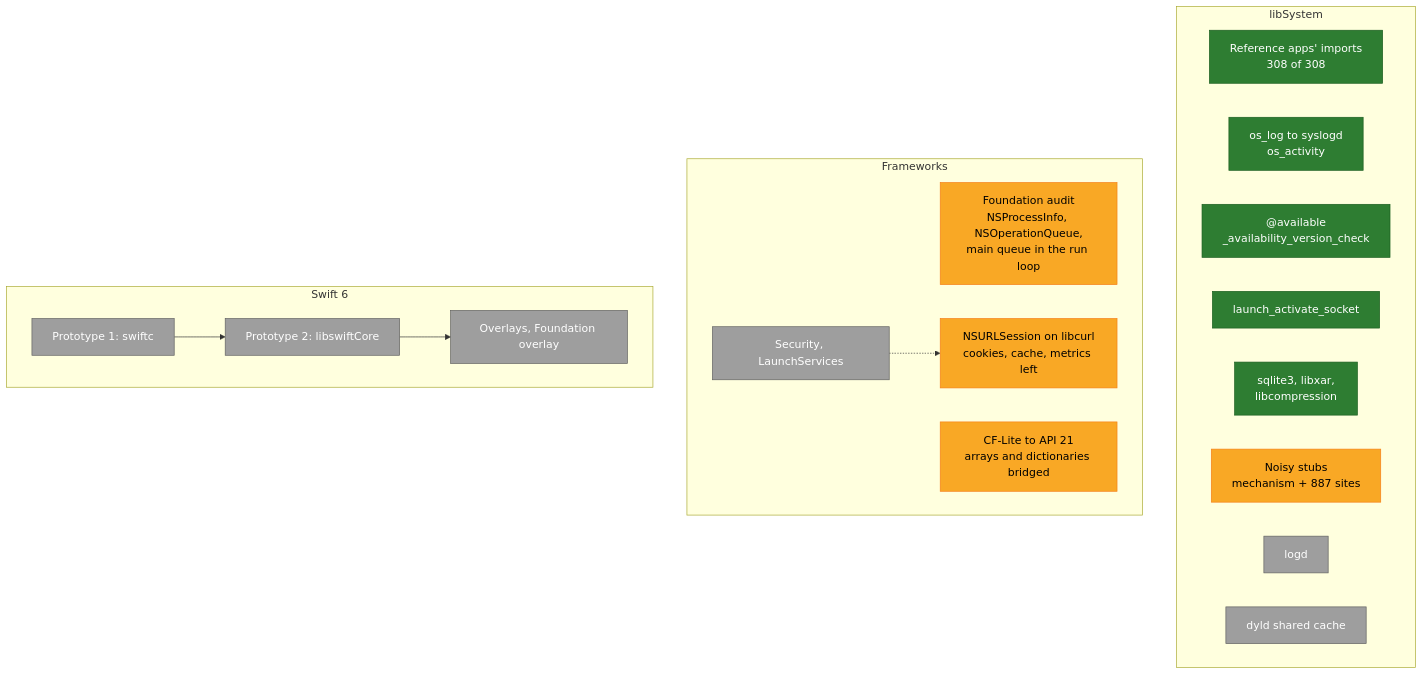
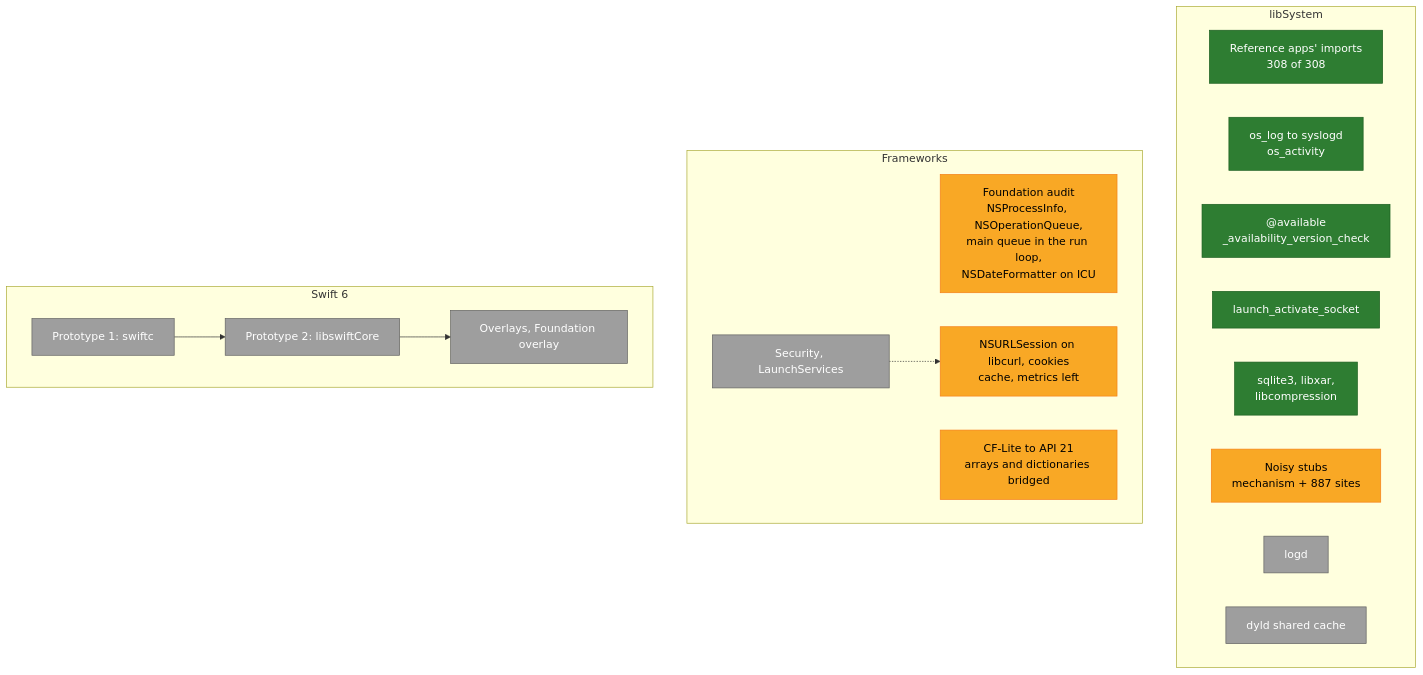
Before and after one commit to minkaros/minkar: the second of 4 diagrams in Docs/Progress.md, drawn with Mermaid. The commit also changed 3 other files, not shown here.

Commit message:
Docs: cookies, paths, block observers and NSDateFormatter in Foundation

````diff
--- a/Docs/Progress.md
+++ b/Docs/Progress.md
@@ -37,30 +37,30 @@
 ```mermaid
 flowchart TB
     subgraph LS["libSystem"]
         L1["Reference apps' imports<br/>308 of 308"]:::done
         L2["os_log to syslogd<br/>os_activity"]:::done
         L3["@available<br/>_availability_version_check"]:::done
         L4["launch_activate_socket"]:::done
         L8["sqlite3, libxar,<br/>libcompression"]:::done
         L5["Noisy stubs<br/>mechanism + 887 sites"]:::partial
         L6["logd"]:::todo
         L7["dyld shared cache"]:::todo
     end
     subgraph FW["Frameworks"]
-        F1["Foundation audit<br/>NSProcessInfo, NSOperationQueue,<br/>main queue in the run loop"]:::partial
-        F2["NSURLSession on libcurl<br/>cookies, cache, metrics left"]:::partial
+        F1["Foundation audit<br/>NSProcessInfo, NSOperationQueue,<br/>main queue in the run loop,<br/>NSDateFormatter on ICU"]:::partial
+        F2["NSURLSession on libcurl, cookies<br/>cache, metrics left"]:::partial
         F3["CF-Lite to API 21<br/>arrays and dictionaries bridged"]:::partial
         F4["Security, LaunchServices"]:::todo
     end
     subgraph SW["Swift 6"]
         S1["Prototype 1: swiftc"]:::todo
         S2["Prototype 2: libswiftCore"]:::todo
         S3["Overlays, Foundation overlay"]:::todo
     end
     S1 --> S2 --> S3
     F4 -.-> F2
 
     classDef done fill:#2e7d32,stroke:#1b5e20,color:#fff
     classDef partial fill:#f9a825,stroke:#f57f17,color:#000
     classDef todo fill:#9e9e9e,stroke:#616161,color:#fff
 ```
````
